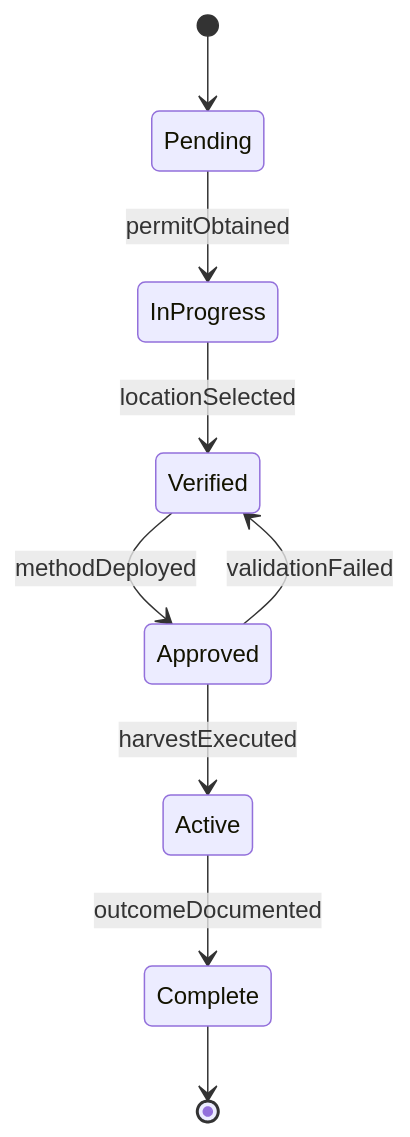
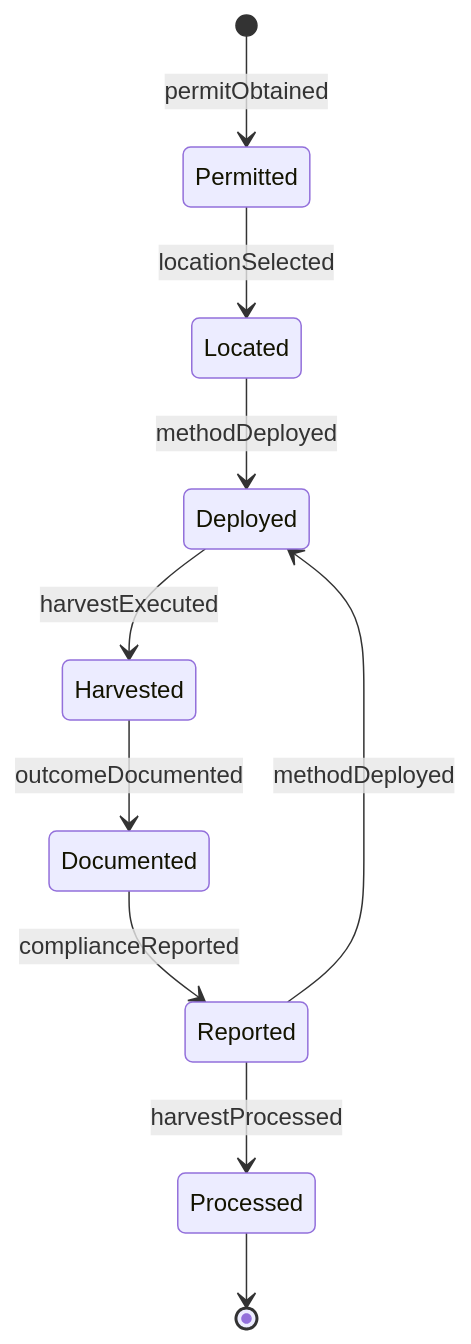
One commit to dot-org-ai/tasks.org.ai changed the second of 4 diagrams in HandlingAndMovingObjects/HuntAnimals/CaptureKillAnimals.mdx. Above: the diagram before and after it, drawn with Mermaid. The commit also changed other lines of this file and 515 other files, not shown here.

````diff
--- a/HandlingAndMovingObjects/HuntAnimals/CaptureKillAnimals.mdx
+++ b/HandlingAndMovingObjects/HuntAnimals/CaptureKillAnimals.mdx
@@ -100,11 +100,12 @@
 ```mermaid
 stateDiagram-v2
-    [*] --> Pending
-    Pending --> InProgress : permitObtained
-    InProgress --> Verified : locationSelected
-    Verified --> Approved : methodDeployed
-    Approved --> Active : harvestExecuted
-    Active --> Complete : outcomeDocumented
-    Approved --> Verified : validationFailed
-    Complete --> [*]
+    [*] --> Permitted : permitObtained
+    Permitted --> Located : locationSelected
+    Located --> Deployed : methodDeployed
+    Deployed --> Harvested : harvestExecuted
+    Harvested --> Documented : outcomeDocumented
+    Documented --> Reported : complianceReported
+    Reported --> Processed : harvestProcessed
+    Reported --> Deployed : methodDeployed
+    Processed --> [*]
 ```
````
